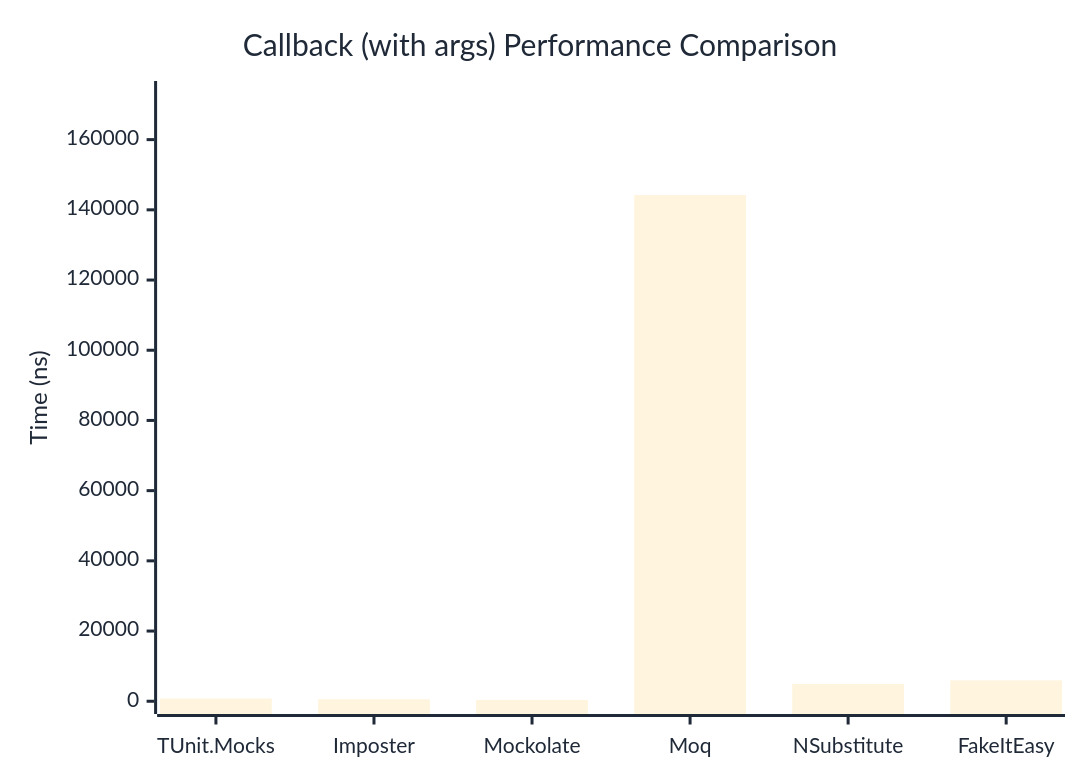
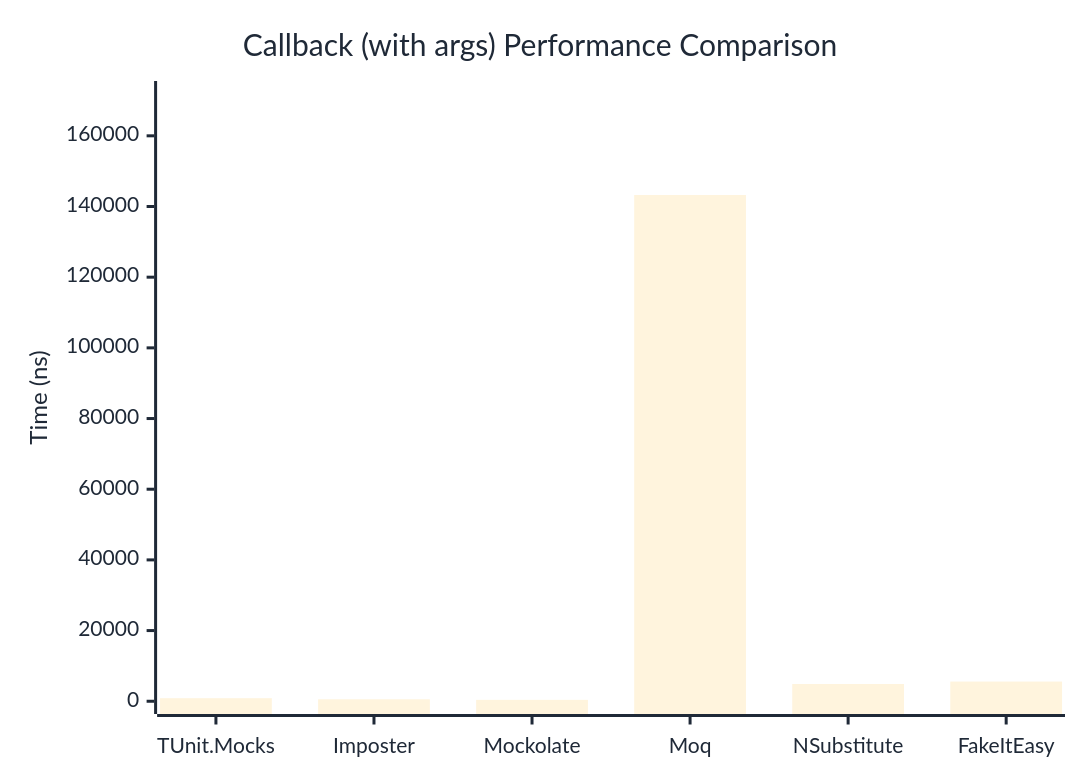
One commit to thomhurst/TUnit changed the second of 2 diagrams in docs/docs/benchmarks/mocks/Callback.md. Above: the diagram before and after it, drawn with Mermaid. The commit also changed other lines of this file and 14 other files, not shown here.

````diff
--- a/docs/docs/benchmarks/mocks/Callback.md
+++ b/docs/docs/benchmarks/mocks/Callback.md
@@ -71,27 +71,27 @@
 ```mermaid
 %%{init: {
   'theme':'base',
   'themeVariables': {
     'primaryColor': '#2563eb',
     'primaryTextColor': '#1f2937',
     'primaryBorderColor': '#1e40af',
     'lineColor': '#6b7280',
     'secondaryColor': '#7c3aed',
     'tertiaryColor': '#dc2626',
     'background': '#ffffff',
     'pie1': '#2563eb',
     'pie2': '#7c3aed',
     'pie3': '#dc2626',
     'pie4': '#f59e0b',
     'pie5': '#10b981',
     'pie6': '#06b6d4',
     'pie7': '#ec4899',
     'pie8': '#6366f1'
   }
 }}%%
 xychart-beta
   title "Callback (with args) Performance Comparison"
   x-axis ["TUnit.Mocks", "Imposter", "Mockolate", "Moq", "NSubstitute", "FakeItEasy"]
-  y-axis "Time (ns)" 0 --> 173071
-  bar [771.7, 573.9, 387.3, 144225.1, 4914.5, 5963.3]
+  y-axis "Time (ns)" 0 --> 171905
+  bar [867.3, 555.4, 393.7, 143254.1, 4882.7, 5572.5]
 ```
````
